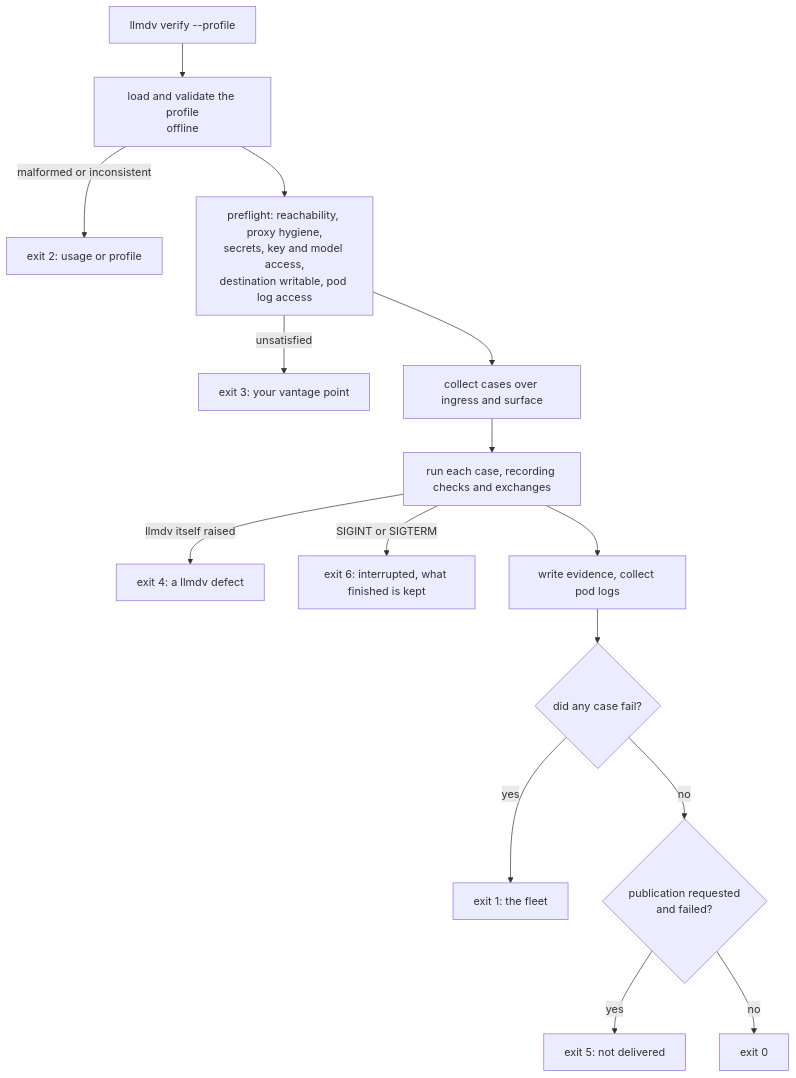
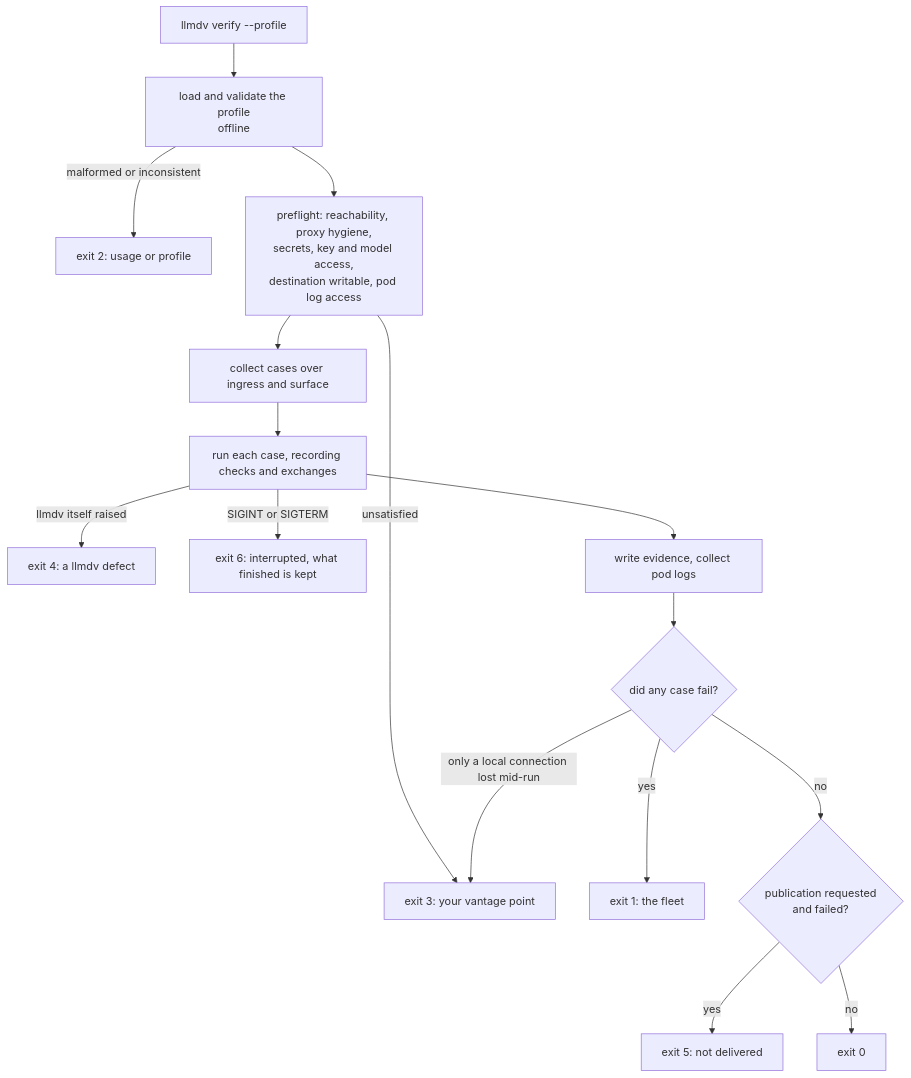
The third of 3 diagrams in docs/architecture.md (llm-d-incubation/llm-d-validate), drawn with Mermaid before and after one commit. The commit also changed other lines of this file and 18 other files, not shown here.

````diff
--- a/docs/architecture.md
+++ b/docs/architecture.md
@@ -85,17 +85,18 @@
 ```mermaid
 flowchart TB
     A["llmdv verify --profile"] --> B["load and validate the profile<br/>offline"]
     B -->|"malformed or inconsistent"| E2["exit 2: usage or profile"]
     B --> C["preflight: reachability, proxy hygiene,<br/>secrets, key and model access,<br/>destination writable, pod log access"]
     C -->|"unsatisfied"| E3["exit 3: your vantage point"]
     C --> D["collect cases over ingress and surface"]
     D --> F["run each case, recording checks and exchanges"]
     F -->|"llmdv itself raised"| E4["exit 4: a llmdv defect"]
     F -->|"SIGINT or SIGTERM"| E6["exit 6: interrupted, what finished is kept"]
     F --> G["write evidence, collect pod logs"]
     G --> I{"did any case fail?"}
     I -->|"yes"| E1["exit 1: the fleet"]
+    I -->|"only a local connection lost mid-run"| E3
     I -->|"no"| P{"publication requested<br/>and failed?"}
     P -->|"yes"| E5["exit 5: not delivered"]
     P -->|"no"| E0["exit 0"]
 ```
````
